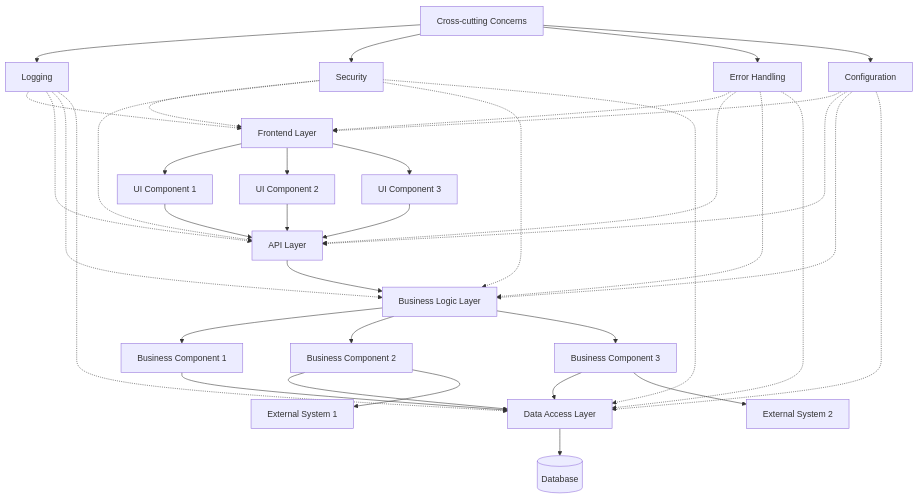
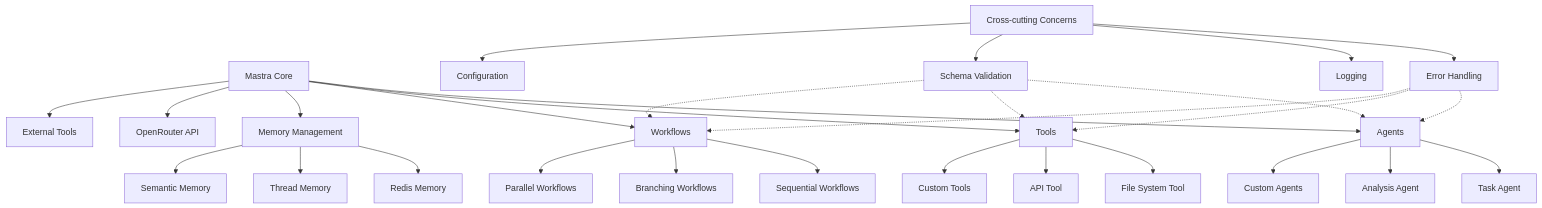
One commit to jwynia/mastra-context-network changed the first of 5 diagrams in context-network/architecture/component_map.md. Above: the diagram before and after it, drawn with Mermaid. The commit also changed other lines of this file and 8 other files, not shown here.

First line of the commit message:
Document workflow data handling patterns; clarify collaboration philosophy

````diff
--- a/context-network/architecture/component_map.md
+++ b/context-network/architecture/component_map.md
@@ -18,59 +18,48 @@
 ```mermaid
 flowchart TD
-    %% Frontend Components
-    Frontend[Frontend Layer]
-    Frontend --> UI1[UI Component 1]
-    Frontend --> UI2[UI Component 2]
-    Frontend --> UI3[UI Component 3]
+    %% Core Mastra Components
+    Mastra[Mastra Core]
+    Mastra --> Agents[Agents]
+    Mastra --> Tools[Tools]
+    Mastra --> Workflows[Workflows]
+    Mastra --> Memory[Memory Management]
     
-    %% API Layer
-    API[API Layer]
-    UI1 --> API
-    UI2 --> API
-    UI3 --> API
+    %% Agent Components
+    Agents --> Agent1[Task Agent]
+    Agents --> Agent2[Analysis Agent]
+    Agents --> Agent3[Custom Agents]
     
-    %% Business Logic Components
-    BL[Business Logic Layer]
-    API --> BL
-    BL --> BL1[Business Component 1]
-    BL --> BL2[Business Component 2]
-    BL --> BL3[Business Component 3]
+    %% Tool Components
+    Tools --> Tool1[File System Tool]
+    Tools --> Tool2[API Tool]
+    Tools --> Tool3[Custom Tools]
     
-    %% Data Access Components
-    DAL[Data Access Layer]
-    BL1 --> DAL
-    BL2 --> DAL
-    BL3 --> DAL
-    DAL --> DB[(Database)]
+    %% Workflow Components
+    Workflows --> WF1[Sequential Workflows]
+    Workflows --> WF2[Branching Workflows]
+    Workflows --> WF3[Parallel Workflows]
+    
+    %% Memory Providers
+    Memory --> Mem1[Redis Memory]
+    Memory --> Mem2[Thread Memory]
+    Memory --> Mem3[Semantic Memory]
     
     %% External Integrations
-    BL2 --> EXT1[External System 1]
-    BL3 --> EXT2[External System 2]
+    Mastra --> OpenRouter[OpenRouter API]
+    Mastra --> ExtTools[External Tools]
     
     %% Cross-cutting Concerns
     CC[Cross-cutting Concerns]
-    CC --> CC1[Logging]
-    CC --> CC2[Security]
-    CC --> CC3[Error Handling]
+    CC --> CC1[Error Handling]
+    CC --> CC2[Logging]
+    CC --> CC3[Schema Validation]
     CC --> CC4[Configuration]
     
-    CC1 -.-> Frontend
-    CC1 -.-> API
-    CC1 -.-> BL
-    CC1 -.-> DAL
+    CC1 -.-> Agents
+    CC1 -.-> Tools
+    CC1 -.-> Workflows
     
-    CC2 -.-> Frontend
-    CC2 -.-> API
-    CC2 -.-> BL
-    CC2 -.-> DAL
-    
-    CC3 -.-> Frontend
-    CC3 -.-> API
-    CC3 -.-> BL
-    CC3 -.-> DAL
-    
-    CC4 -.-> Frontend
-    CC4 -.-> API
-    CC4 -.-> BL
-    CC4 -.-> DAL
+    CC3 -.-> Agents
+    CC3 -.-> Tools
+    CC3 -.-> Workflows
 ```
````
